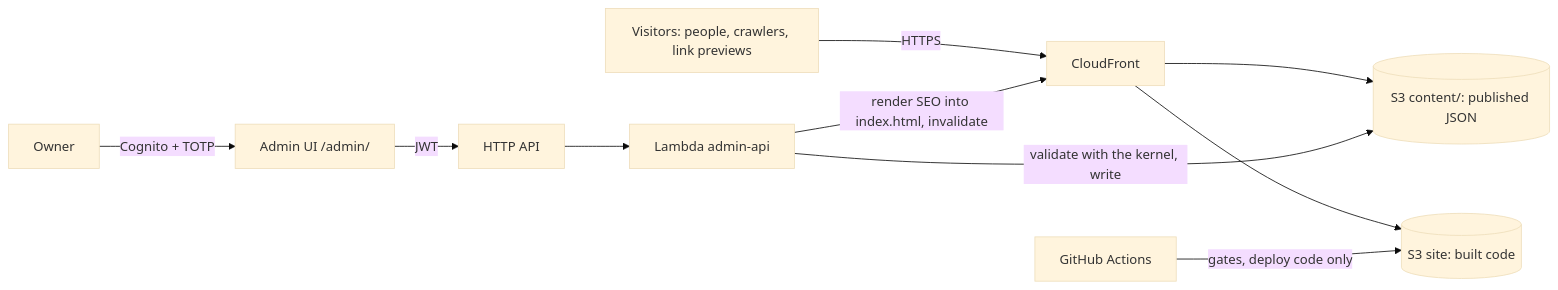
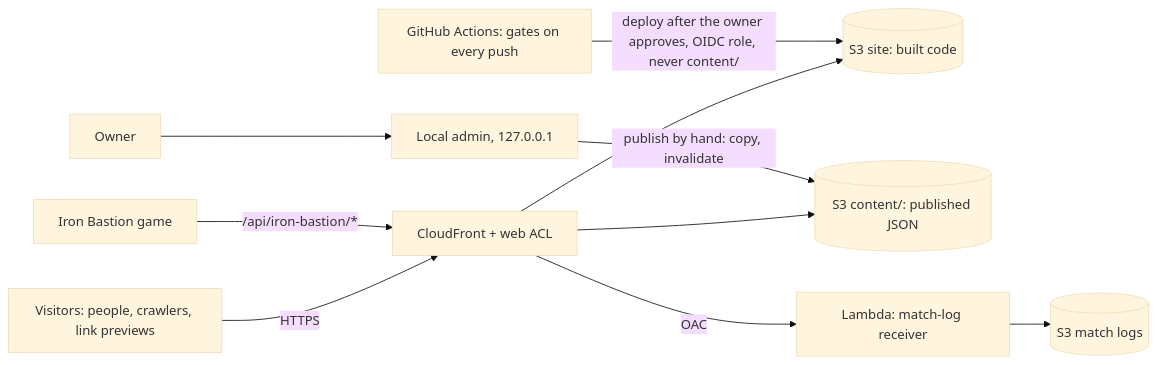
The diagram in docs/architecture.md (RicardoMeloG/obsidian-cube), drawn with Mermaid (base theme) before and after one commit. The commit also changed other lines of this file and 17 other files, not shown here.

````diff
--- a/docs/architecture.md
+++ b/docs/architecture.md
@@ -9,11 +9,11 @@
 ```mermaid
 flowchart LR
-  V[Visitors: people, crawlers, link previews] -->|HTTPS| CF[CloudFront]
+  V[Visitors: people, crawlers, link previews] -->|HTTPS| CF[CloudFront + web ACL]
   CF --> S3S[(S3 site: built code)]
   CF --> S3C[(S3 content/: published JSON)]
-  O[Owner] -->|Cognito + TOTP| ADM[Admin UI /admin/]
-  ADM -->|JWT| API[HTTP API] --> L[Lambda admin-api]
-  L -->|validate with the kernel, write| S3C
-  L -->|render SEO into index.html, invalidate| CF
-  GH[GitHub Actions] -->|gates, deploy code only| S3S
+  G[Iron Bastion game] -->|/api/iron-bastion/*| CF
+  CF -->|OAC| RX[Lambda: match-log receiver] --> S3M[(S3 match logs)]
+  O[Owner] --> ADM[Local admin, 127.0.0.1]
+  ADM -->|publish by hand: copy, invalidate| S3C
+  GH[GitHub Actions: gates on every push] -->|deploy after the owner approves, OIDC role, never content/| S3S
 ```
````
